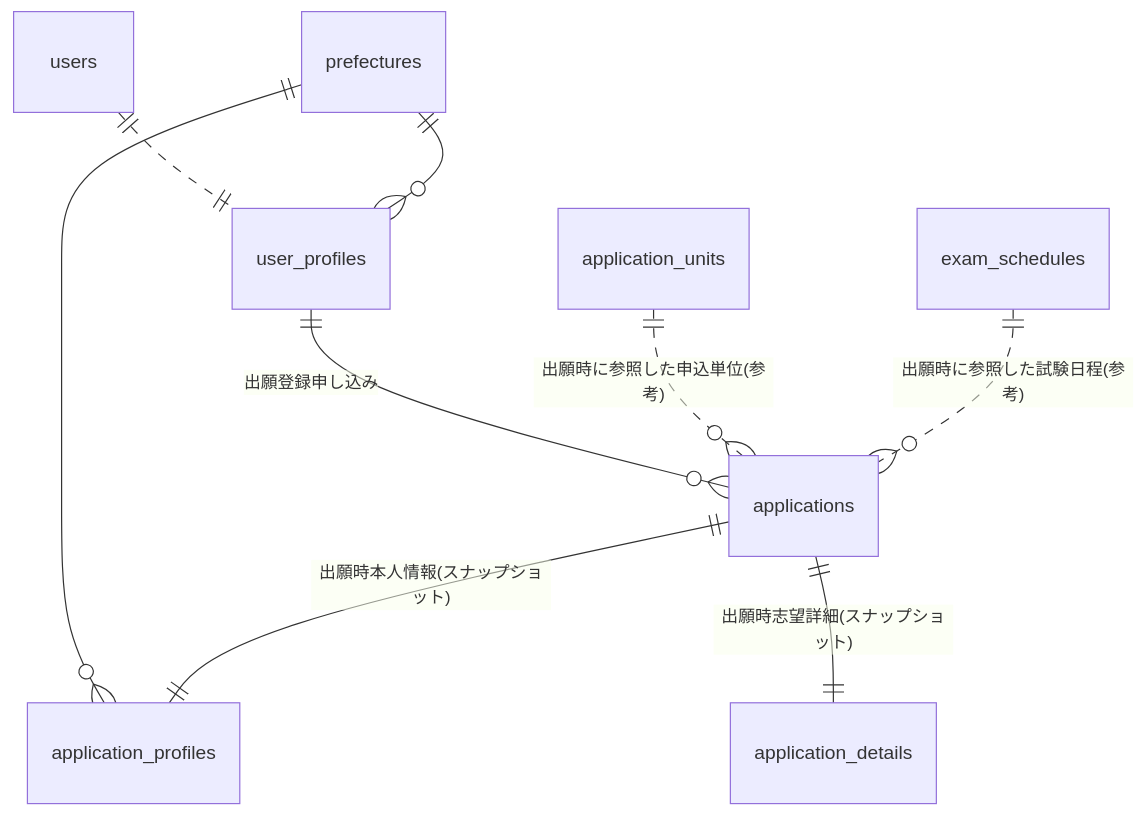
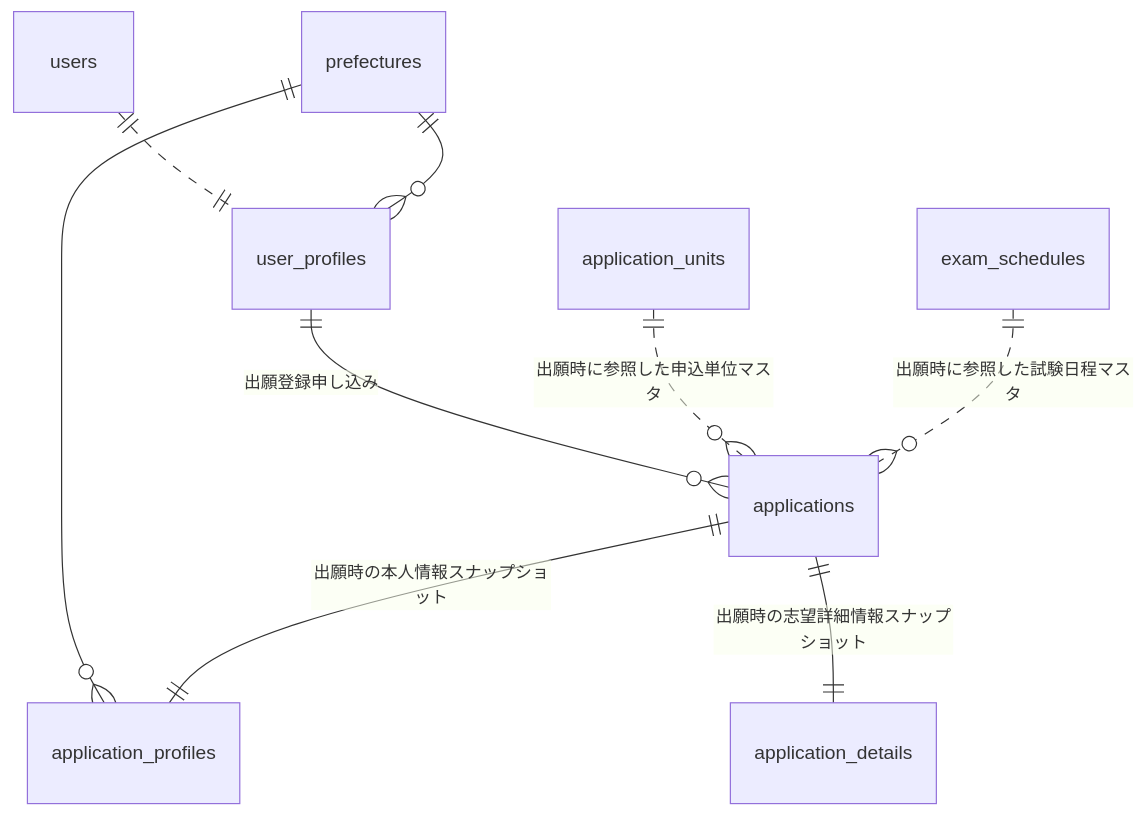
One commit to DrySetMan327/UnivApplicationSubmissionApp changed the fifth of 6 diagrams in README.md. Above: the diagram before and after it, drawn with Mermaid. The commit also changed other lines of this file and 1 other file, not shown here.

````diff
--- a/README.md
+++ b/README.md
@@ -249,14 +249,14 @@
 ```mermaid
 
 erDiagram
 
     users ||..|| user_profiles: ""
     prefectures ||--o{ user_profiles: ""
     prefectures ||--o{ application_profiles: ""
     user_profiles ||--o{ applications: "出願登録申し込み"
-    applications ||--|| application_profiles: "出願時本人情報(スナップショット)"
-    applications ||--|| application_details: "出願時志望詳細(スナップショット)"
-    application_units ||..o{ applications: "出願時に参照した申込単位(参考)"
-    exam_schedules ||..o{ applications: "出願時に参照した試験日程(参考)"
+    applications ||--|| application_profiles: "出願時の本人情報スナップショット"
+    applications ||--|| application_details: "出願時の志望詳細情報スナップショット"
+    application_units ||..o{ applications: "出願時に参照した申込単位マスタ"
+    exam_schedules ||..o{ applications: "出願時に参照した試験日程マスタ"
 
 ```
````
